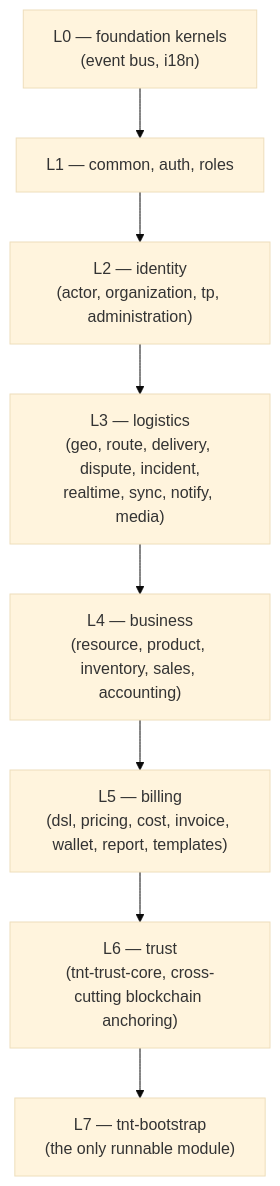
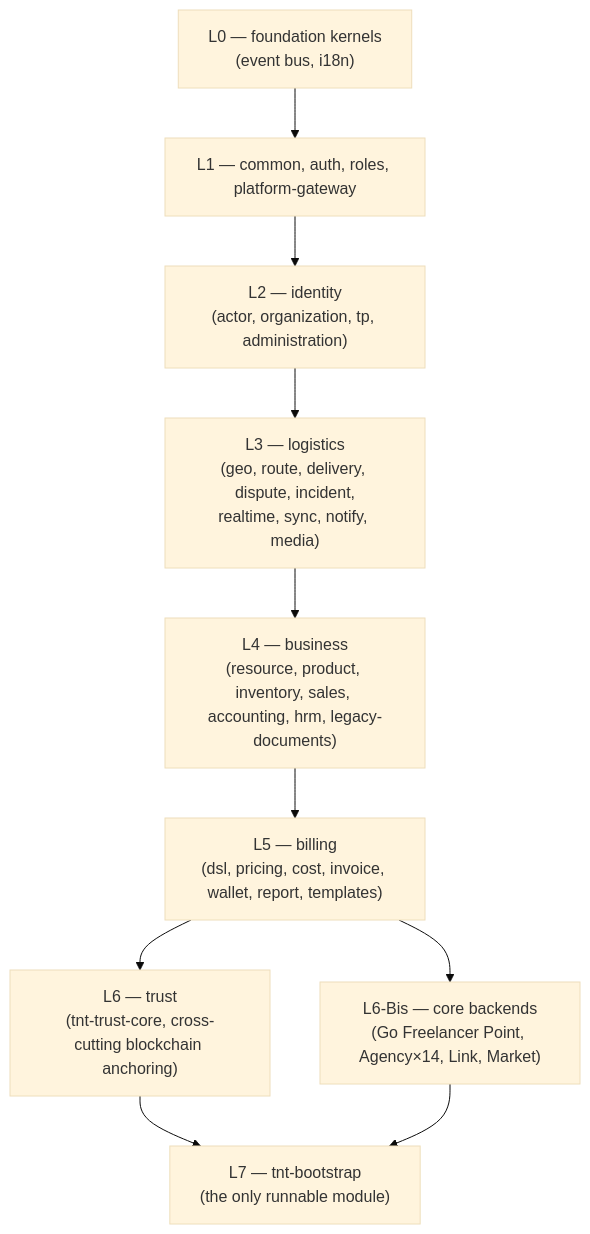
Before and after one commit to yowyob/tiibntick-core: the first of 2 diagrams in docs/architecture/overview.md, drawn with Mermaid (base theme). The commit also changed other lines of this file and 96 other files, not shown here.

````diff
--- a/docs/architecture/overview.md
+++ b/docs/architecture/overview.md
@@ -15,10 +15,12 @@
 ```mermaid
 flowchart TB
-    L0["L0 — foundation kernels<br/>(event bus, i18n)"] --> L1["L1 — common, auth, roles"]
+    L0["L0 — foundation kernels<br/>(event bus, i18n)"] --> L1["L1 — common, auth, roles, platform-gateway"]
     L1 --> L2["L2 — identity<br/>(actor, organization, tp, administration)"]
     L2 --> L3["L3 — logistics<br/>(geo, route, delivery, dispute, incident,<br/>realtime, sync, notify, media)"]
-    L3 --> L4["L4 — business<br/>(resource, product, inventory, sales, accounting)"]
+    L3 --> L4["L4 — business<br/>(resource, product, inventory, sales, accounting, hrm, legacy-documents)"]
     L4 --> L5["L5 — billing<br/>(dsl, pricing, cost, invoice, wallet, report, templates)"]
     L5 --> L6["L6 — trust<br/>(tnt-trust-core, cross-cutting blockchain anchoring)"]
+    L5 --> L6B["L6-Bis — core backends<br/>(Go Freelancer Point, Agency×14, Link, Market)"]
     L6 --> L7["L7 — tnt-bootstrap<br/>(the only runnable module)"]
+    L6B --> L7
 ```
````
